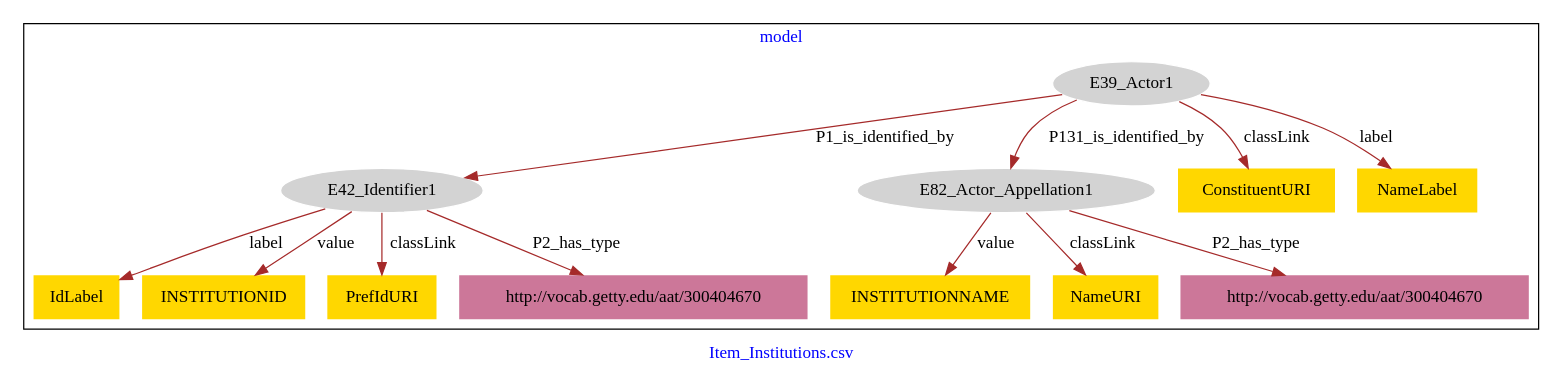
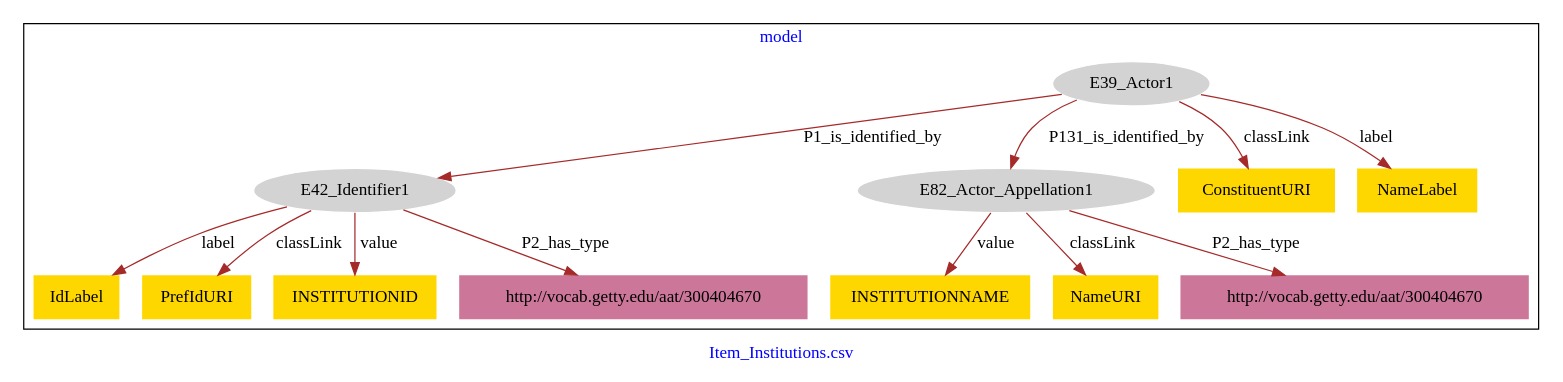
One commit to american-art/aaa changed the diagram in Item_Institutions/Item_Institutions-model.dot. Above: the diagram before and after it, drawn with Graphviz.

Commit message:
Update file Item_Institutions-model.dot

```diff
--- a/Item_Institutions/Item_Institutions-model.dot
+++ b/Item_Institutions/Item_Institutions-model.dot
@@ -1,31 +1,31 @@
 digraph n0 {
 fontcolor="blue"
 remincross="true"
 label="Item_Institutions.csv"
 subgraph cluster {
 label="model"
 n2[style="filled",color="white",fillcolor="lightgray",label="E39_Actor1"];
 n3[style="filled",color="white",fillcolor="lightgray",label="E42_Identifier1"];
 n4[style="filled",color="white",fillcolor="lightgray",label="E82_Actor_Appellation1"];
-n5[shape="plaintext",style="filled",fillcolor="gold",label="IdLabel"];
-n6[shape="plaintext",style="filled",fillcolor="gold",label="INSTITUTIONID"];
-n7[shape="plaintext",style="filled",fillcolor="gold",label="ConstituentURI"];
-n8[shape="plaintext",style="filled",fillcolor="gold",label="INSTITUTIONNAME"];
-n9[shape="plaintext",style="filled",fillcolor="gold",label="NameLabel"];
-n10[shape="plaintext",style="filled",fillcolor="gold",label="PrefIdURI"];
+n5[shape="plaintext",style="filled",fillcolor="gold",label="ConstituentURI"];
+n6[shape="plaintext",style="filled",fillcolor="gold",label="INSTITUTIONNAME"];
+n7[shape="plaintext",style="filled",fillcolor="gold",label="IdLabel"];
+n8[shape="plaintext",style="filled",fillcolor="gold",label="PrefIdURI"];
+n9[shape="plaintext",style="filled",fillcolor="gold",label="INSTITUTIONID"];
+n10[shape="plaintext",style="filled",fillcolor="gold",label="NameLabel"];
 n11[shape="plaintext",style="filled",fillcolor="gold",label="NameURI"];
 n12[shape="plaintext",style="filled",fillcolor="#CC7799",label="http://vocab.getty.edu/aat/300404670"];
 n13[shape="plaintext",style="filled",fillcolor="#CC7799",label="http://vocab.getty.edu/aat/300404670"];
 }
 n2 -> n3[color="brown",fontcolor="black",label="P1_is_identified_by"]
 n2 -> n4[color="brown",fontcolor="black",label="P131_is_identified_by"]
-n3 -> n5[color="brown",fontcolor="black",label="label"]
-n3 -> n6[color="brown",fontcolor="black",label="value"]
-n2 -> n7[color="brown",fontcolor="black",label="classLink"]
-n4 -> n8[color="brown",fontcolor="black",label="value"]
-n2 -> n9[color="brown",fontcolor="black",label="label"]
-n3 -> n10[color="brown",fontcolor="black",label="classLink"]
+n2 -> n5[color="brown",fontcolor="black",label="classLink"]
+n4 -> n6[color="brown",fontcolor="black",label="value"]
+n3 -> n7[color="brown",fontcolor="black",label="label"]
+n3 -> n8[color="brown",fontcolor="black",label="classLink"]
+n3 -> n9[color="brown",fontcolor="black",label="value"]
+n2 -> n10[color="brown",fontcolor="black",label="label"]
 n4 -> n11[color="brown",fontcolor="black",label="classLink"]
 n4 -> n12[color="brown",fontcolor="black",label="P2_has_type"]
 n3 -> n13[color="brown",fontcolor="black",label="P2_has_type"]
 }
```
